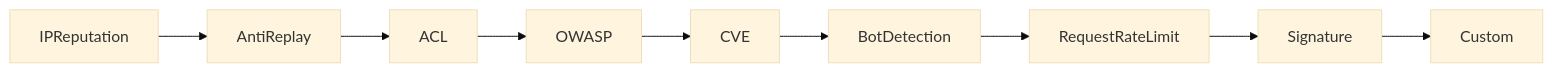
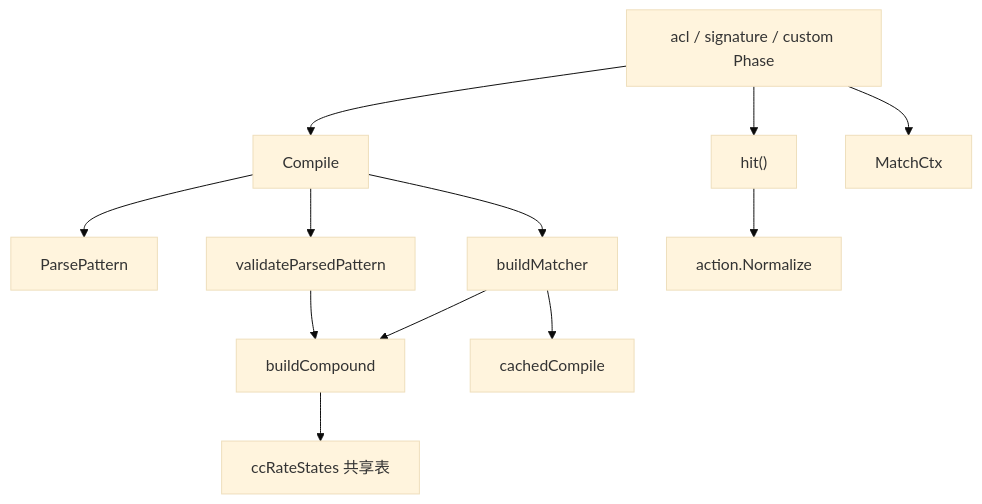
The fifth of 5 diagrams in docs/安全防护功能/ACL 规则引擎.md (x01n/My-OpenWaf), drawn with Mermaid (base theme) before and after one commit. The commit also changed other lines of this file and 622 other files, not shown here.

````diff
--- a/docs/安全防护功能/ACL 规则引擎.md
+++ b/docs/安全防护功能/ACL 规则引擎.md
@@ -316,11 +364,14 @@
 ```mermaid
-flowchart LR
-A["IPReputation"] --> B["AntiReplay"]
-B --> C["ACL"]
-C --> D["OWASP"]
-D --> E["CVE"]
-E --> F["BotDetection"]
-F --> G["RequestRateLimit"]
-G --> H["Signature"]
-H --> I["Custom"]
+graph TB
+COMP["Compile"] --> PARSE["ParsePattern"]
+COMP --> VALID["validateParsedPattern"]
+COMP --> BUILD["buildMatcher"]
+BUILD --> CCJ["buildCompound"]
+BUILD --> CACHE["cachedCompile"]
+VALID --> CCJ
+PHASE["acl / signature / custom Phase"] --> COMP
+PHASE --> HITF["hit()"]
+HITF --> ACT["action.Normalize"]
+PHASE --> CTX["MatchCtx"]
+CCJ --> CSR["ccRateStates 共享表"]
 ```
````
